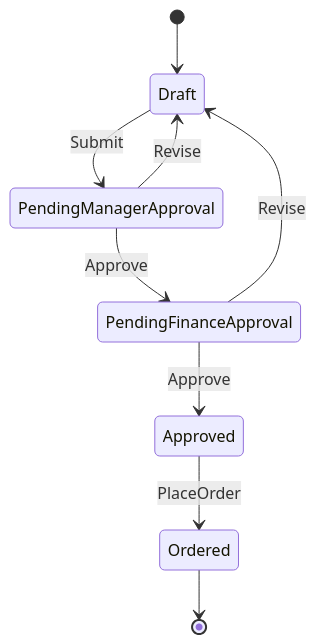
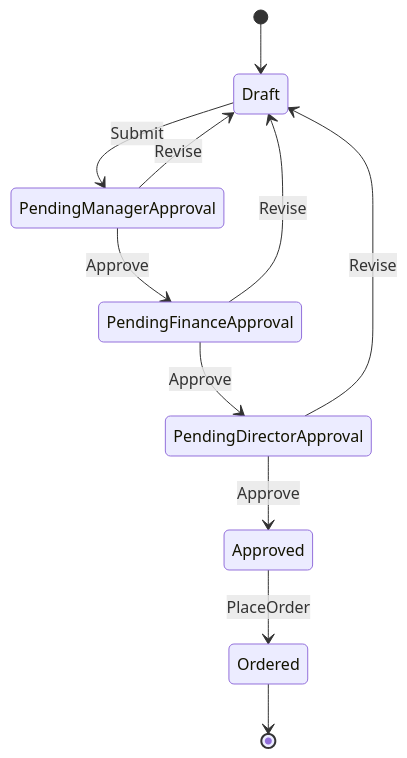
Before and after one commit to mhaktan/cero: the second of 3 diagrams in docs/ANALYSIS.md, drawn with Mermaid. The commit also changed other lines of this file and 13 other files, not shown here.

````diff
--- a/docs/ANALYSIS.md
+++ b/docs/ANALYSIS.md
@@ -297,11 +297,13 @@
 ```mermaid
 stateDiagram-v2
     [*] --> Draft
     Draft --> PendingManagerApproval : Submit
     PendingManagerApproval --> PendingFinanceApproval : Approve
     PendingManagerApproval --> Draft : Revise
-    PendingFinanceApproval --> Approved : Approve
+    PendingFinanceApproval --> PendingDirectorApproval : Approve
     PendingFinanceApproval --> Draft : Revise
+    PendingDirectorApproval --> Approved : Approve
+    PendingDirectorApproval --> Draft : Revise
     Approved --> Ordered : PlaceOrder
     Ordered --> [*]
 ```
````
